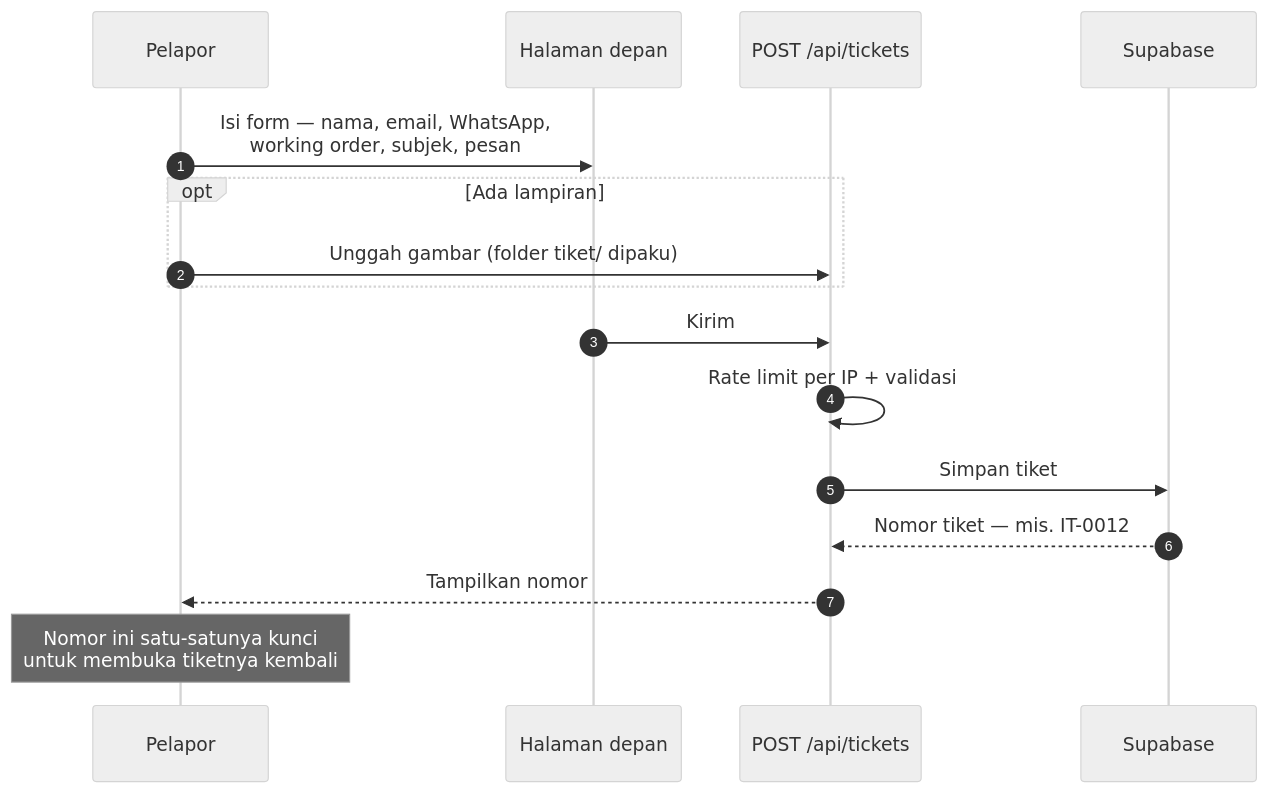
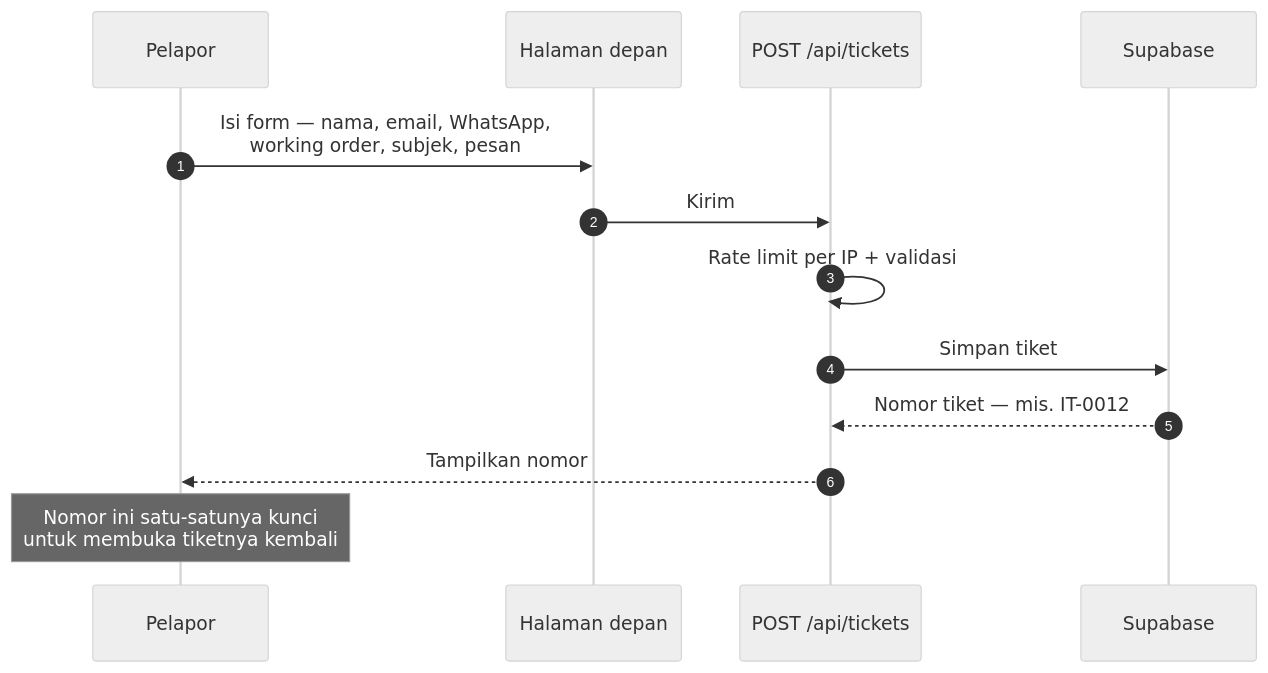
One commit to Muhammadizzi/Pinjamin-app changed the third of 5 diagrams in MATERI-PRESENTASI-SIGAP.md. Above: the diagram before and after it, drawn with Mermaid (neutral theme). The commit also changed other lines of this file, not shown here.

````diff
--- a/MATERI-PRESENTASI-SIGAP.md
+++ b/MATERI-PRESENTASI-SIGAP.md
@@ -219,19 +136,16 @@
 ```mermaid
 sequenceDiagram
     autonumber
     participant P as Pelapor
     participant W as Halaman depan
     participant API as POST /api/tickets
     participant DB as Supabase
 
     P->>W: Isi form — nama, email, WhatsApp,<br/>working order, subjek, pesan
-    opt Ada lampiran
-        P->>API: Unggah gambar (folder tiket/ dipaku)
-    end
     W->>API: Kirim
     API->>API: Rate limit per IP + validasi
     API->>DB: Simpan tiket
     DB-->>API: Nomor tiket — mis. IT-0012
     API-->>P: Tampilkan nomor
     Note over P: Nomor ini satu-satunya kunci<br/>untuk membuka tiketnya kembali
 ```
````
